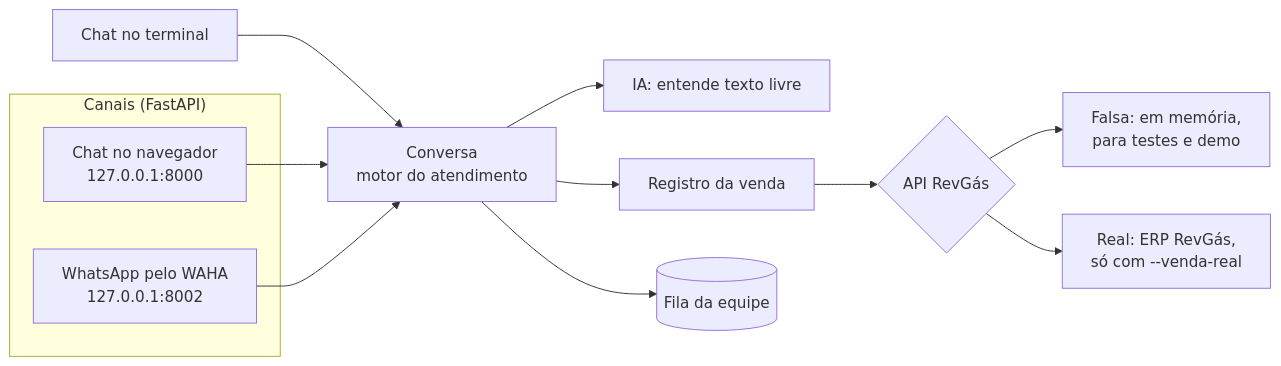
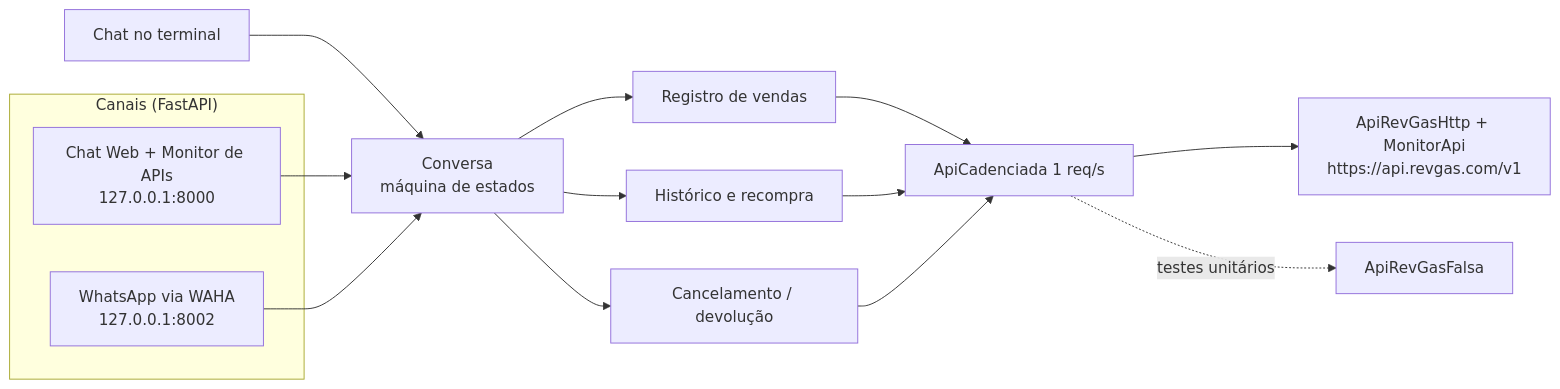
The second of 2 diagrams in README.md (DEVsavin/ChatBot---RevGas), drawn with Mermaid before and after one commit. The commit also changed other lines of this file and 48 other files, not shown here.

Commit message:
feat: integracao 100% API real RevGas, monitor em tempo real e melhorias de fluxo

````diff
--- a/README.md
+++ b/README.md
@@ -288,16 +250,19 @@
 ```mermaid
 flowchart LR
     subgraph Canais["Canais (FastAPI)"]
-        W[Chat no navegador<br/>127.0.0.1:8000]
-        H[WhatsApp pelo WAHA<br/>127.0.0.1:8002]
+        W[Chat Web + Monitor de APIs<br/>127.0.0.1:8000]
+        H[WhatsApp via WAHA<br/>127.0.0.1:8002]
     end
     T[Chat no terminal] --> C
     W --> C
     H --> C
-    C[Conversa<br/>motor do atendimento] --> I[IA: entende texto livre]
-    C --> R[Registro da venda]
-    C --> F[(Fila da equipe)]
-    R --> A{API RevGás}
-    A --> AF[Falsa: em memória,<br/>para testes e demo]
-    A --> AR[Real: ERP RevGás,<br/>só com --venda-real]
+    C[Conversa<br/>máquina de estados]
+    C --> R[Registro de vendas]
+    C --> HI[Histórico e recompra]
+    C --> D[Cancelamento / devolução]
+    R --> A[ApiCadenciada 1 req/s]
+    HI --> A
+    D --> A
+    A --> AR[ApiRevGasHttp + MonitorApi<br/>https://api.revgas.com/v1]
+    A -. testes unitários .-> AF[ApiRevGasFalsa]
 ```
````
